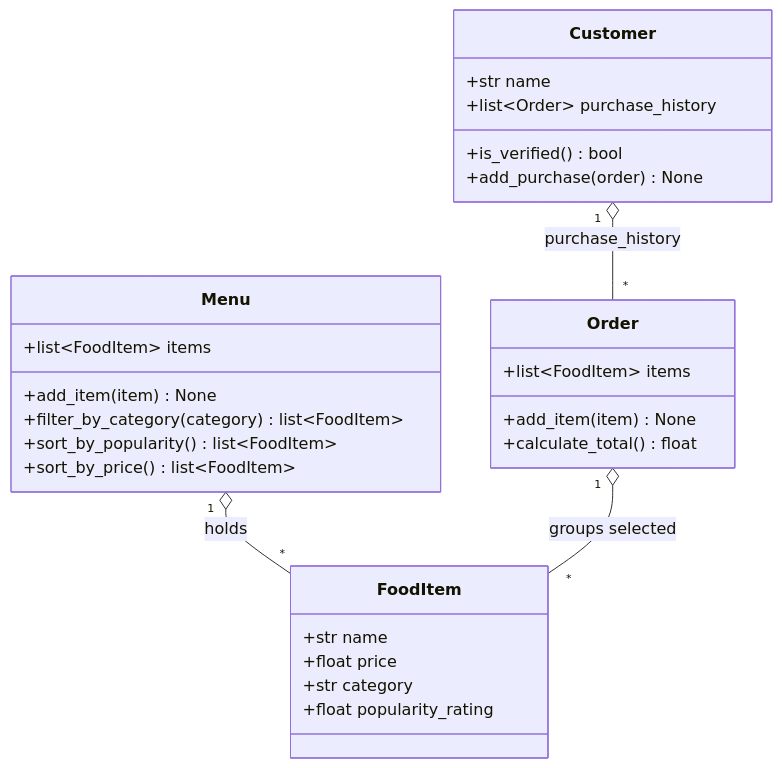
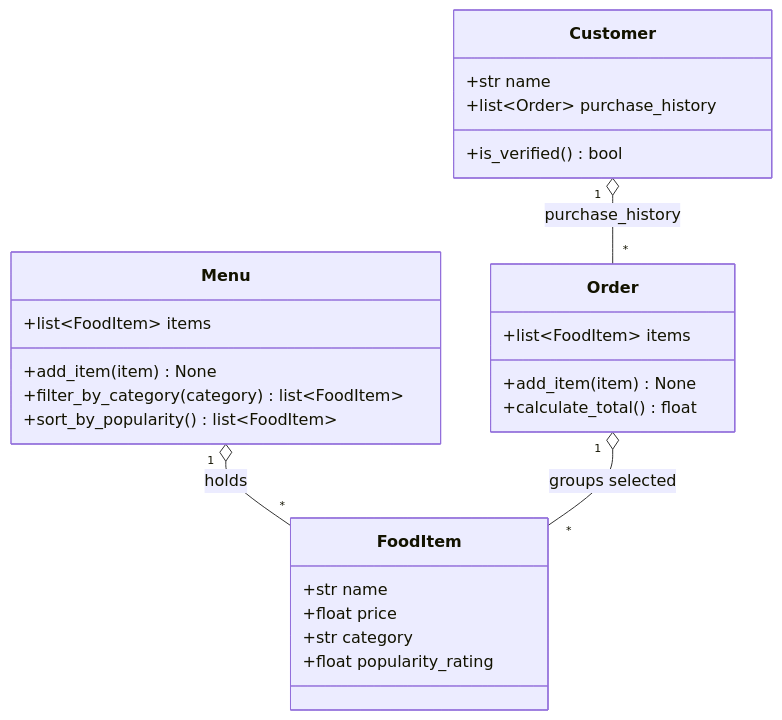
The diagram in bytebites_design.md (ajacob2022/bytebites_tinker_activity), drawn with Mermaid before and after one commit. The commit also changed other lines of this file and 3 other files, not shown here.

````diff
--- a/bytebites_design.md
+++ b/bytebites_design.md
@@ -5,31 +7,29 @@
 ```mermaid
 classDiagram
     class Customer {
         +str name
         +list~Order~ purchase_history
         +is_verified() bool
-        +add_purchase(order) None
     }
     class FoodItem {
         +str name
         +float price
         +str category
         +float popularity_rating
     }
     class Menu {
         +list~FoodItem~ items
         +add_item(item) None
         +filter_by_category(category) list~FoodItem~
         +sort_by_popularity() list~FoodItem~
-        +sort_by_price() list~FoodItem~
     }
     class Order {
         +list~FoodItem~ items
         +add_item(item) None
         +calculate_total() float
     }
 
     Menu "1" o-- "*" FoodItem : holds
     Order "1" o-- "*" FoodItem : groups selected
     Customer "1" o-- "*" Order : purchase_history
 ```
````
